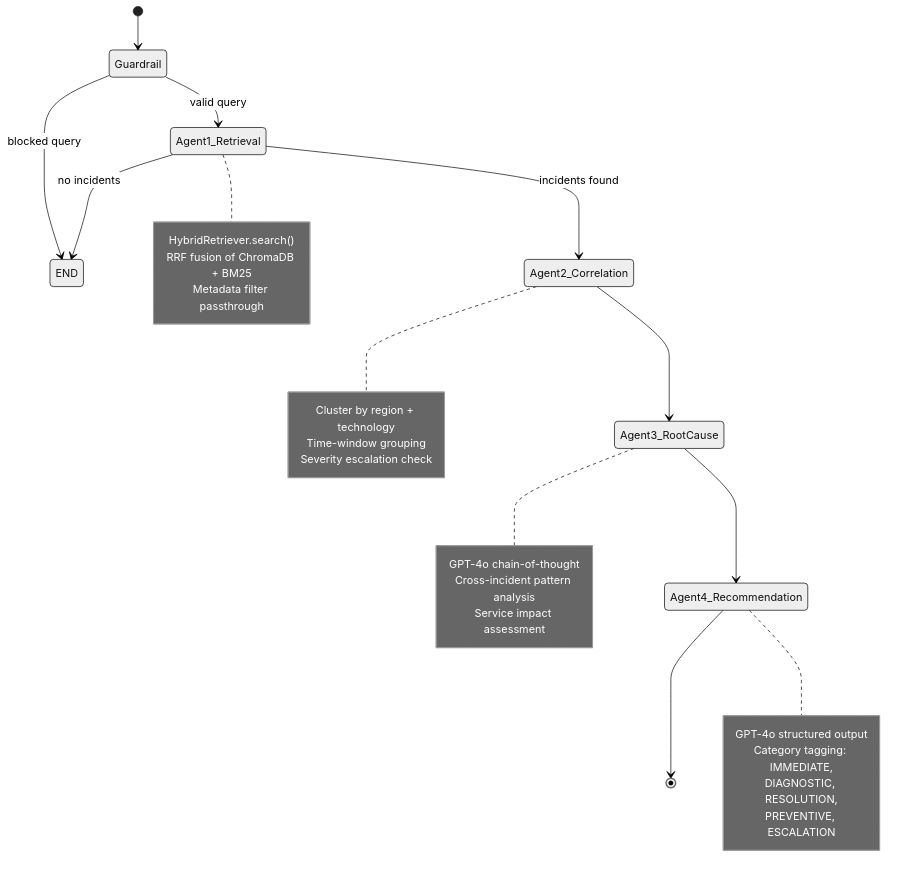
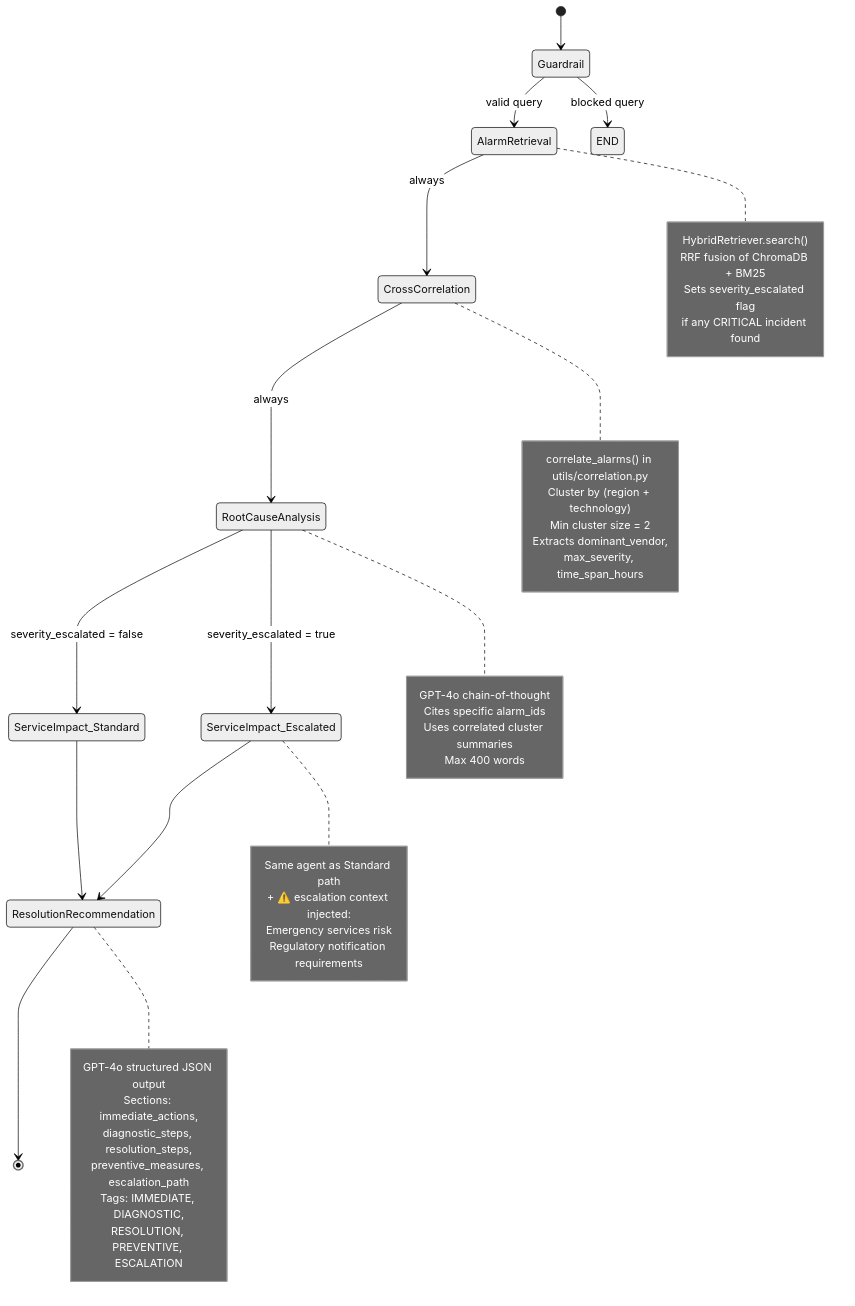
The second of 6 diagrams in ARCHITECTURE.md (abuthahir-19/FaultSenseAI), drawn with Mermaid (neutral theme) before and after one commit. The commit also changed other lines of this file and 6 other files, not shown here.

````diff
--- a/ARCHITECTURE.md
+++ b/ARCHITECTURE.md
@@ -60,36 +70,51 @@
 ```mermaid
 stateDiagram-v2
     [*] --> Guardrail
-    Guardrail --> Agent1_Retrieval : valid query
+    Guardrail --> AlarmRetrieval : valid query
     Guardrail --> END : blocked query
-    Agent1_Retrieval --> Agent2_Correlation : incidents found
-    Agent1_Retrieval --> END : no incidents
-    Agent2_Correlation --> Agent3_RootCause
-    Agent3_RootCause --> Agent4_Recommendation
-    Agent4_Recommendation --> [*]
+    AlarmRetrieval --> CrossCorrelation : always
+    CrossCorrelation --> RootCauseAnalysis : always
+    RootCauseAnalysis --> ServiceImpact_Standard : severity_escalated = false
+    RootCauseAnalysis --> ServiceImpact_Escalated : severity_escalated = true
+    ServiceImpact_Standard --> ResolutionRecommendation
+    ServiceImpact_Escalated --> ResolutionRecommendation
+    ResolutionRecommendation --> [*]
 
-    note right of Agent1_Retrieval
+    note right of AlarmRetrieval
         HybridRetriever.search()
         RRF fusion of ChromaDB + BM25
-        Metadata filter passthrough
+        Sets severity_escalated flag
+        if any CRITICAL incident found
     end note
 
-    note right of Agent2_Correlation
-        Cluster by region + technology
-        Time-window grouping
-        Severity escalation check
+    note right of CrossCorrelation
+        correlate_alarms() in utils/correlation.py
+        Cluster by (region + technology)
+        Min cluster size = 2
+        Extracts dominant_vendor,
+        max_severity, time_span_hours
     end note
 
-    note right of Agent3_RootCause
+    note right of RootCauseAnalysis
         GPT-4o chain-of-thought
-        Cross-incident pattern analysis
-        Service impact assessment
+        Cites specific alarm_ids
+        Uses correlated cluster summaries
+        Max 400 words
     end note
 
-    note right of Agent4_Recommendation
-        GPT-4o structured output
-        Category tagging: IMMEDIATE,
-        DIAGNOSTIC, RESOLUTION,
-        PREVENTIVE, ESCALATION
+    note right of ServiceImpact_Escalated
+        Same agent as Standard path
+        + ⚠️ escalation context injected:
+        Emergency services risk
+        Regulatory notification requirements
+    end note
+
+    note right of ResolutionRecommendation
+        GPT-4o structured JSON output
+        Sections: immediate_actions,
+        diagnostic_steps, resolution_steps,
+        preventive_measures, escalation_path
+        Tags: IMMEDIATE, DIAGNOSTIC,
+        RESOLUTION, PREVENTIVE, ESCALATION
     end note
 ```
````
